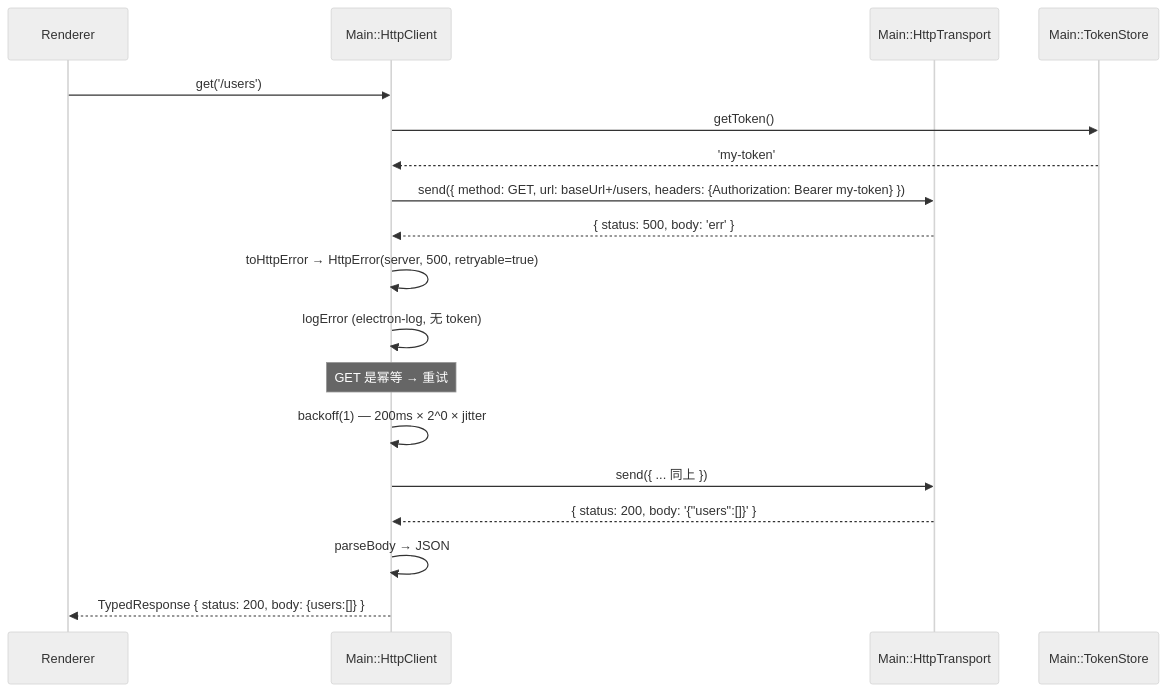
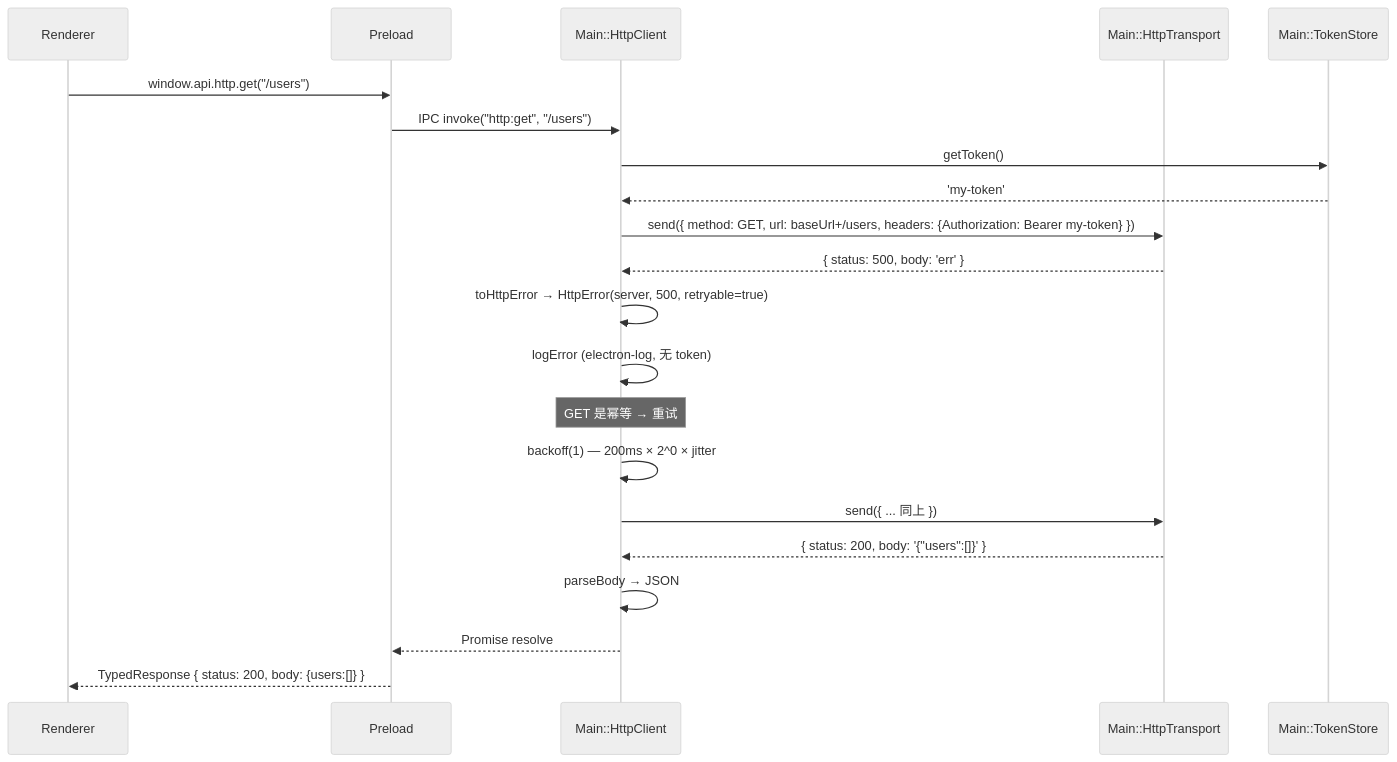
Before and after one commit to lupnfer/vue_with_csdk: the tenth of 13 diagrams in docs/architecture-diagrams.md, drawn with Mermaid (neutral theme). The commit also changed other lines of this file, not shown here.

First line of the commit message:
fix(docs): 所有时序图统一加 Preload 层

````diff
--- a/docs/architecture-diagrams.md
+++ b/docs/architecture-diagrams.md
@@ -524,21 +538,24 @@
 ```mermaid
 sequenceDiagram
     participant R as Renderer
+    participant P as Preload
     participant H as Main::HttpClient
     participant T as Main::HttpTransport
     participant TS as Main::TokenStore
 
-    R->>H: get('/users')
+    R->>P: window.api.http.get("/users")
+    P->>H: IPC invoke("http:get", "/users")
     H->>TS: getToken()
     TS-->>H: 'my-token'
     H->>T: send({ method: GET, url: baseUrl+/users, headers: {Authorization: Bearer my-token} })
     T-->>H: { status: 500, body: 'err' }
     H->>H: toHttpError → HttpError(server, 500, retryable=true)
     H->>H: logError (electron-log, 无 token)
     Note over H: GET 是幂等 → 重试
     H->>H: backoff(1) — 200ms × 2^0 × jitter
     H->>T: send({ ... 同上 })
     T-->>H: { status: 200, body: '{"users":[]}' }
     H->>H: parseBody → JSON
-    H-->>R: TypedResponse { status: 200, body: {users:[]} }
+    H-->>P: Promise resolve
+    P-->>R: TypedResponse { status: 200, body: {users:[]} }
 ```
````
